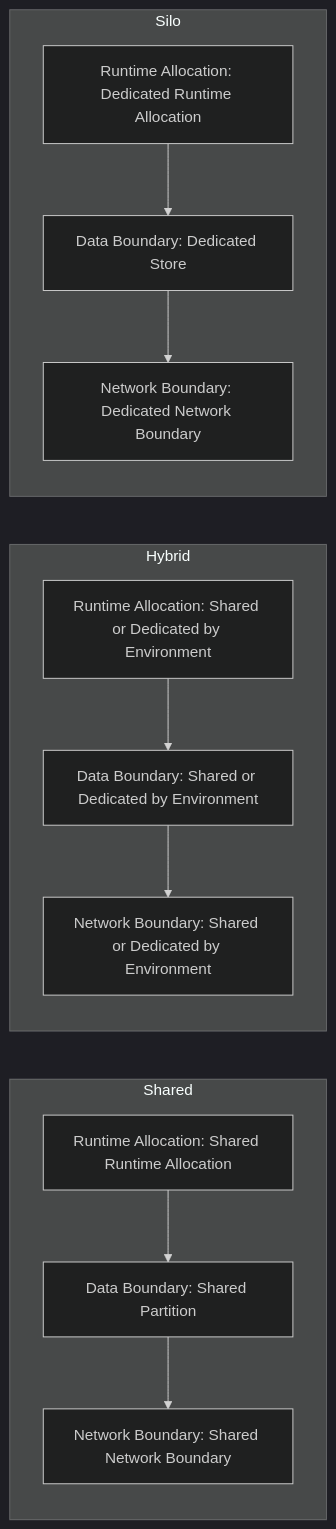
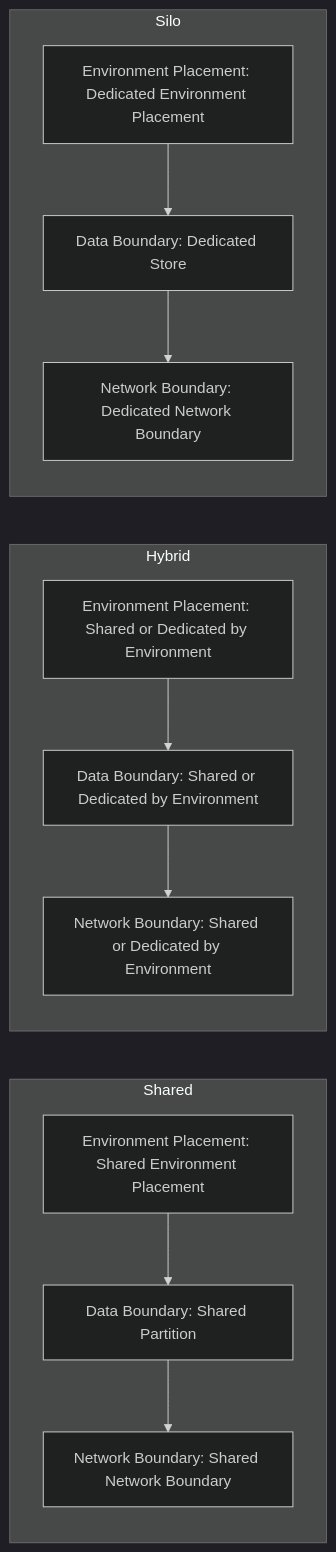
The diagram in documentation/arc42/07_deployment_view.adoc (stefan-karlsson/software-architecture), drawn with Mermaid (dark theme) before and after one commit. The commit also changed other lines of this file and 16 other files, not shown here.

```diff
--- a/documentation/arc42/07_deployment_view.adoc
+++ b/documentation/arc42/07_deployment_view.adoc
@@ -11,24 +11,24 @@
 [mermaid, format=svg]
 ....
 flowchart LR
   subgraph Shared["Shared"]
-    SR["Runtime Allocation: Shared Runtime Allocation"]
+    SR["Environment Placement: Shared Environment Placement"]
     SD["Data Boundary: Shared Partition"]
     SN["Network Boundary: Shared Network Boundary"]
     SR --> SD --> SN
   end
 
   subgraph Hybrid["Hybrid"]
-    HR["Runtime Allocation: Shared or Dedicated by Environment"]
+    HR["Environment Placement: Shared or Dedicated by Environment"]
     HD["Data Boundary: Shared or Dedicated by Environment"]
     HN["Network Boundary: Shared or Dedicated by Environment"]
     HR --> HD --> HN
   end
 
   subgraph Silo["Silo"]
-    XR["Runtime Allocation: Dedicated Runtime Allocation"]
+    XR["Environment Placement: Dedicated Environment Placement"]
     XD["Data Boundary: Dedicated Store"]
     XN["Network Boundary: Dedicated Network Boundary"]
     XR --> XD --> XN
   end
 ....
```
